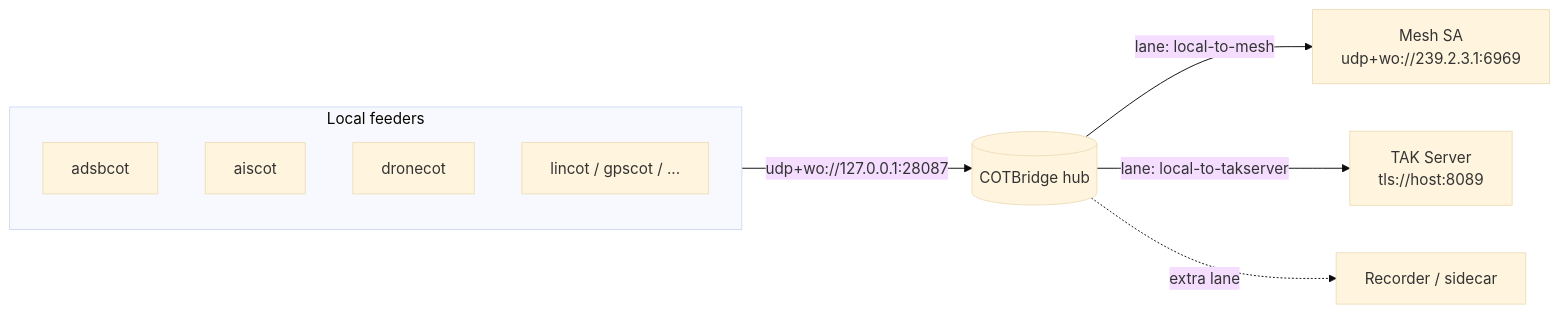
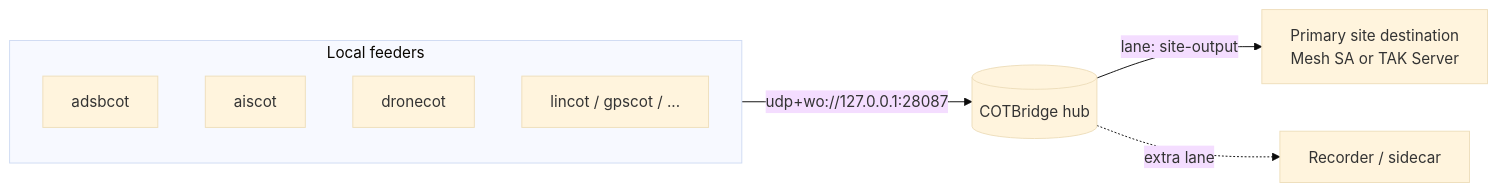
Before and after one commit to snstac/aryaos: the diagram in docs/admin/cotbridge-lanes.md, drawn with Mermaid (base theme). The commit also changed other lines of this file and 10 other files, not shown here.

Commit message:
docs: explain unified site-wide CoT output

````diff
--- a/docs/admin/cotbridge-lanes.md
+++ b/docs/admin/cotbridge-lanes.md
@@ -13,13 +13,12 @@
 ```mermaid
 flowchart LR
   subgraph feeders[Local feeders]
     a[adsbcot]
     b[aiscot]
     c[dronecot]
     d[lincot / gpscot / ...]
   end
   feeders -->|udp+wo://127.0.0.1:28087| hub[(COTBridge hub)]
-  hub -->|lane: local-to-mesh| mesh[Mesh SA<br/>udp+wo://239.2.3.1:6969]
-  hub -->|lane: local-to-takserver| tak[TAK Server<br/>tls://host:8089]
+  hub -->|lane: site-output| out[Primary site destination<br/>Mesh SA or TAK Server]
   hub -.->|extra lane| tool[Recorder / sidecar]
 ```
````
